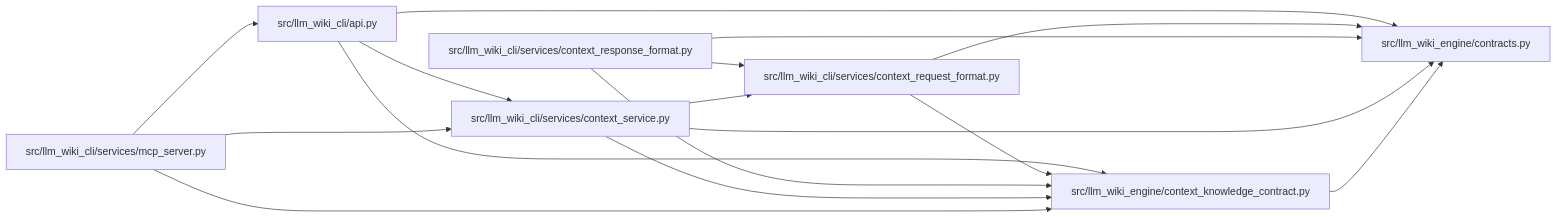
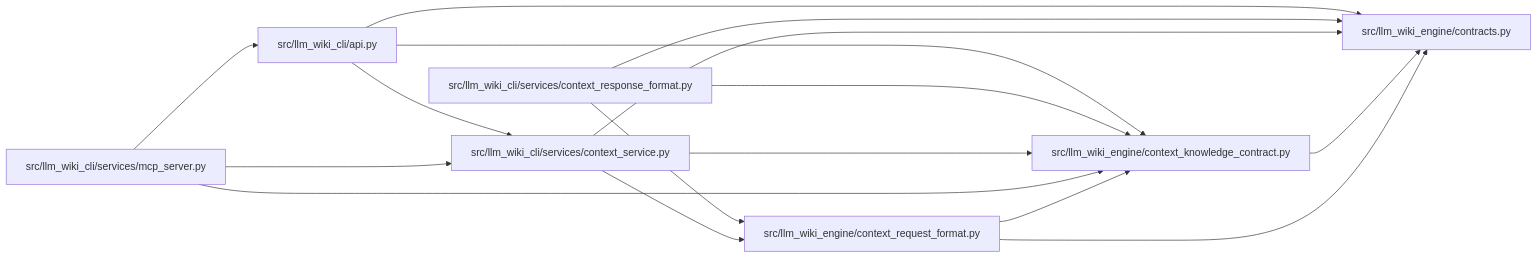
One commit to Denissvgn/python-wiki-llm changed the diagram in docs/llm_wiki/modules/context_knowledge_contract.md. Above: the diagram before and after it, drawn with Mermaid. The commit also changed 1058 other files, not shown here.

First line of the commit message:
docs: refresh the wiki for the knowledge store move

````diff
--- a/docs/llm_wiki/modules/context_knowledge_contract.md
+++ b/docs/llm_wiki/modules/context_knowledge_contract.md
@@ -34,32 +34,32 @@
 ```mermaid
 flowchart LR
     n0["src/llm_wiki_cli/api.py"]
-    n1["src/llm_wiki_cli/services/context_request_format.py"]
-    n2["src/llm_wiki_cli/services/context_response_format.py"]
-    n3["src/llm_wiki_cli/services/context_service.py"]
-    n4["src/llm_wiki_cli/services/mcp_server.py"]
-    n5["src/llm_wiki_engine/context_knowledge_contract.py"]
+    n1["src/llm_wiki_cli/services/context_response_format.py"]
+    n2["src/llm_wiki_cli/services/context_service.py"]
+    n3["src/llm_wiki_cli/services/mcp_server.py"]
+    n4["src/llm_wiki_engine/context_knowledge_contract.py"]
+    n5["src/llm_wiki_engine/context_request_format.py"]
     n6["src/llm_wiki_engine/contracts.py"]
-    n0 --> n3
-    n0 --> n5
+    n0 --> n2
+    n0 --> n4
     n0 --> n6
+    n1 --> n4
     n1 --> n5
     n1 --> n6
-    n2 --> n1
+    n2 --> n4
     n2 --> n5
     n2 --> n6
-    n3 --> n1
-    n3 --> n5
-    n3 --> n6
-    n4 --> n0
-    n4 --> n3
-    n4 --> n5
+    n3 --> n0
+    n3 --> n2
+    n3 --> n4
+    n4 --> n6
+    n5 --> n4
     n5 --> n6
     click n0 "../modules/api.md"
-    click n1 "../modules/context_request_format.md"
-    click n2 "../modules/context_response_format.md"
-    click n3 "../modules/context_service.md"
-    click n4 "../modules/mcp_server.md"
-    click n5 "../modules/context_knowledge_contract.md"
+    click n1 "../modules/context_response_format.md"
+    click n2 "../modules/context_service.md"
+    click n3 "../modules/mcp_server.md"
+    click n4 "../modules/context_knowledge_contract.md"
+    click n5 "../modules/context_request_format.md"
     click n6 "../modules/llm_wiki_engine_contracts.md"
 ```
````
